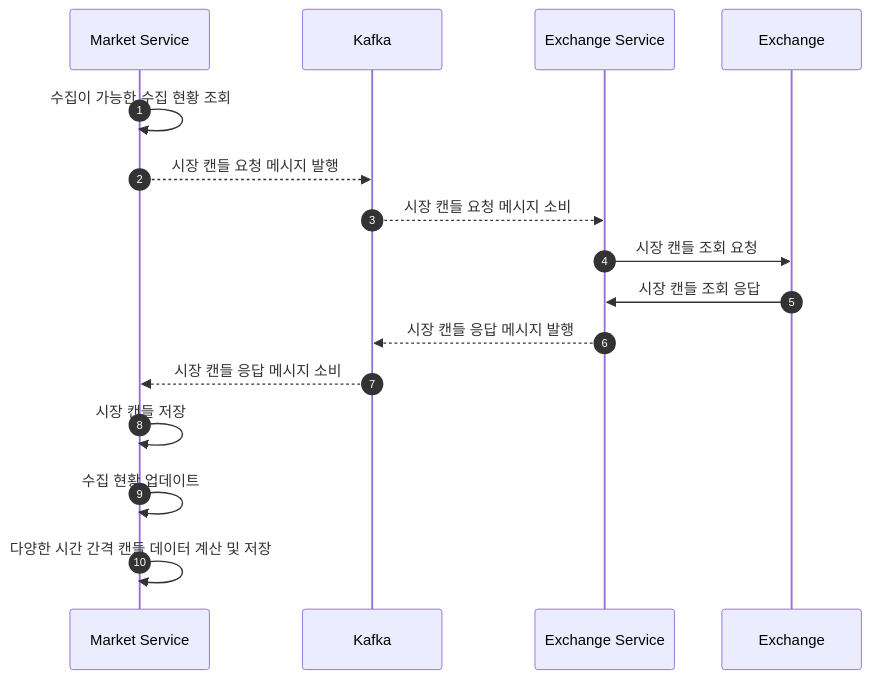
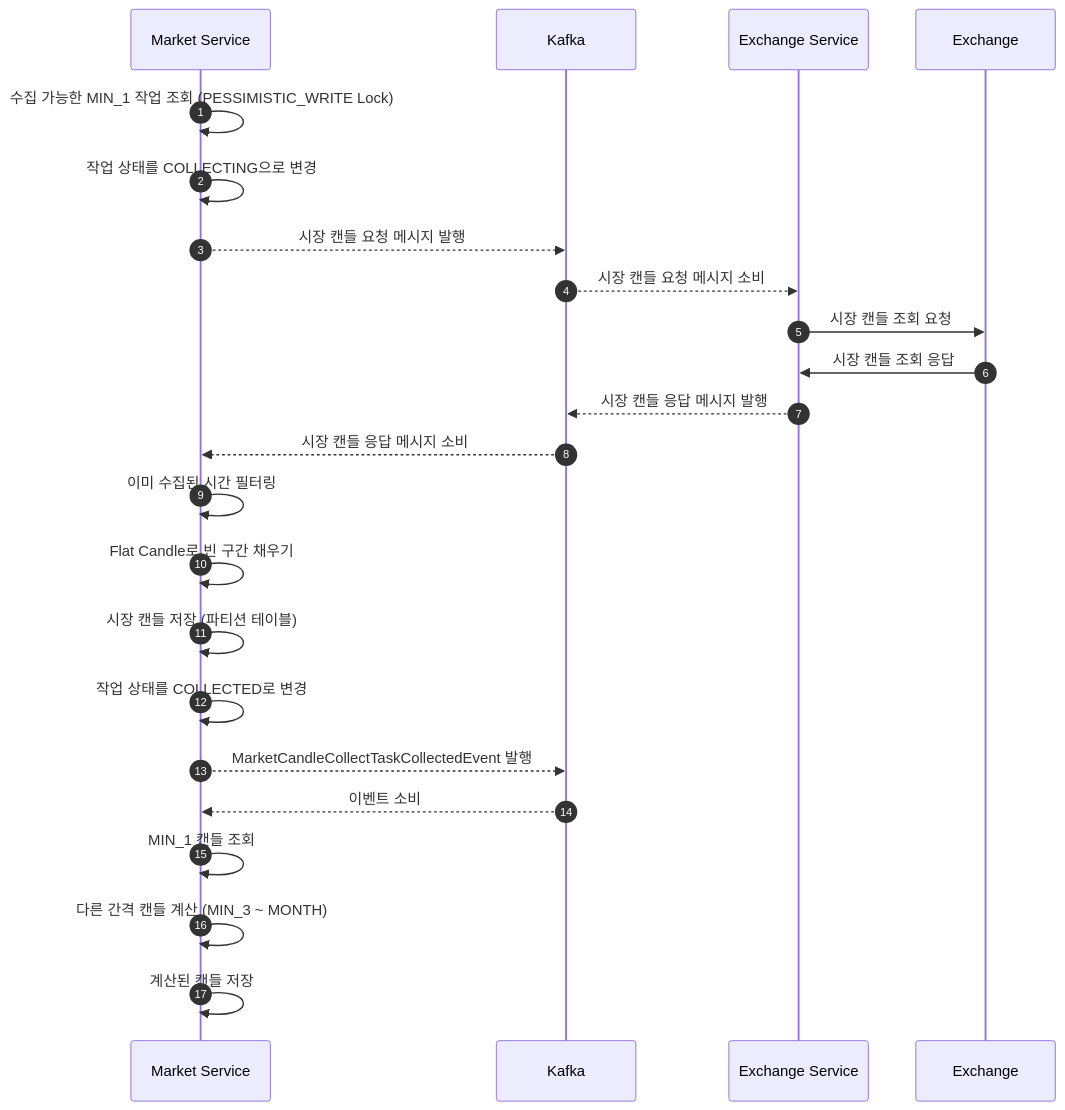
Before and after one commit to Trade-Pilot/.github: the second of 2 diagrams in backend/design/MarketService.md, drawn with Mermaid. The commit also changed other lines of this file, not shown here.

First line of the commit message:
docs: Market Service 설계 문서 최신화

````diff
--- a/backend/design/MarketService.md
+++ b/backend/design/MarketService.md
@@ -108,22 +415,31 @@
 ```mermaid
 sequenceDiagram
     participant m as Market Service
     participant k as Kafka
     participant e as Exchange Service
     participant ex as Exchange
 
     autoNumber
 
-    m ->> m : 수집이 가능한 수집 현황 조회
+    m ->> m : 수집 가능한 MIN_1 작업 조회 (PESSIMISTIC_WRITE Lock)
+    m ->> m : 작업 상태를 COLLECTING으로 변경
 
     m -->> k : 시장 캔들 요청 메시지 발행
     k -->> e : 시장 캔들 요청 메시지 소비
     e ->> ex : 시장 캔들 조회 요청
     ex ->> e : 시장 캔들 조회 응답
     e -->> k : 시장 캔들 응답 메시지 발행
     k -->> m : 시장 캔들 응답 메시지 소비
 
-    m ->> m : 시장 캔들 저장
-    m ->> m : 수집 현황 업데이트
-    m ->> m : 다양한 시간 간격 캔들 데이터 계산 및 저장
+    m ->> m : 이미 수집된 시간 필터링
+    m ->> m : Flat Candle로 빈 구간 채우기
+    m ->> m : 시장 캔들 저장 (파티션 테이블)
+    m ->> m : 작업 상태를 COLLECTED로 변경
+
+    m -->> k : MarketCandleCollectTaskCollectedEvent 발행
+    k -->> m : 이벤트 소비
+
+    m ->> m : MIN_1 캔들 조회
+    m ->> m : 다른 간격 캔들 계산 (MIN_3 ~ MONTH)
+    m ->> m : 계산된 캔들 저장
 ```
````
